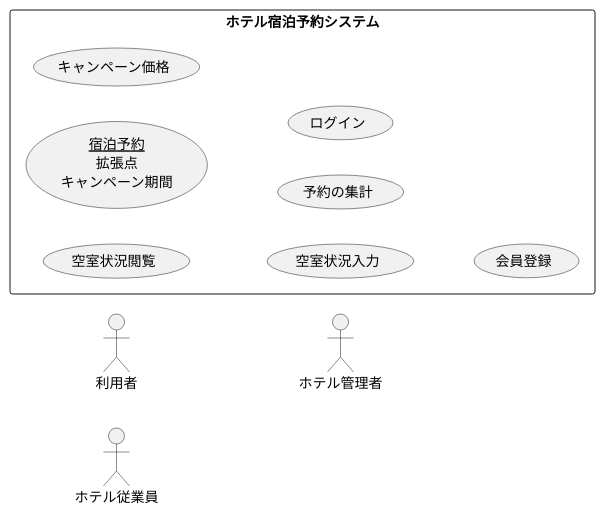
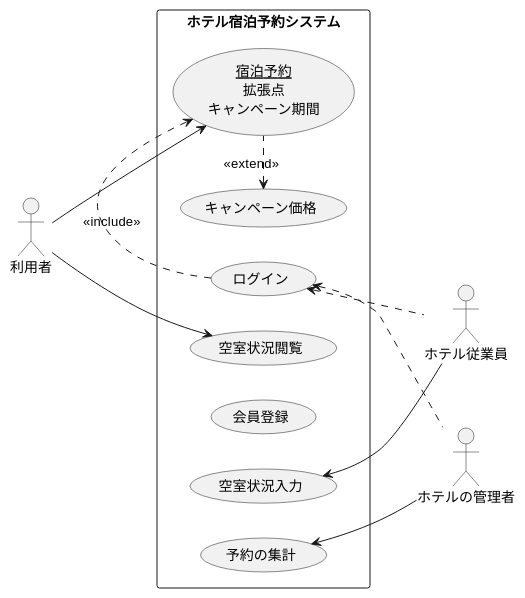
The diagram in 演習2/演習2-8_UC_ホテル予約システム.pu (nagayamasaki/umi-intro), drawn with PlantUML before and after one commit. The commit also changed 1 other file, not shown here.

```diff
--- a/演習2/演習2-8_UC_ホテル予約システム.pu
+++ b/演習2/演習2-8_UC_ホテル予約システム.pu
@@ -1,20 +1,28 @@
 @startuml ユースケース図
 left to right direction
 
 actor 利用者
 actor ホテル従業員
-actor ホテル管理者
+actor ホテルの管理者
 
 rectangle ホテル宿泊予約システム{
  usecase 空室状況閲覧
-'  usecase 宿泊予約
- usecase (<u>宿泊予約</u>\n拡張点\nキャンペーン期間) as input
-'予約の時にアカウント登録（ログイン）をする
+ usecase ログイン
+ usecase 会員登録
+
  usecase キャンペーン価格
  usecase 空室状況入力
  usecase 予約の集計
- usecase ログイン
- usecase 会員登録
+ usecase (<u>宿泊予約</u>\n拡張点\nキャンペーン期間) as input
+'予約の時にアカウント登録（ログイン）をする
 }
 
+利用者 --> 空室状況閲覧
+利用者 --> input
+キャンペーン価格 <. input : << extend >>
+ログイン .> input: << include >>
+ログイン <. ホテル従業員
+ログイン <. ホテルの管理者
+空室状況入力 <-- ホテル従業員
+予約の集計 <-- ホテルの管理者
 @enduml
```
